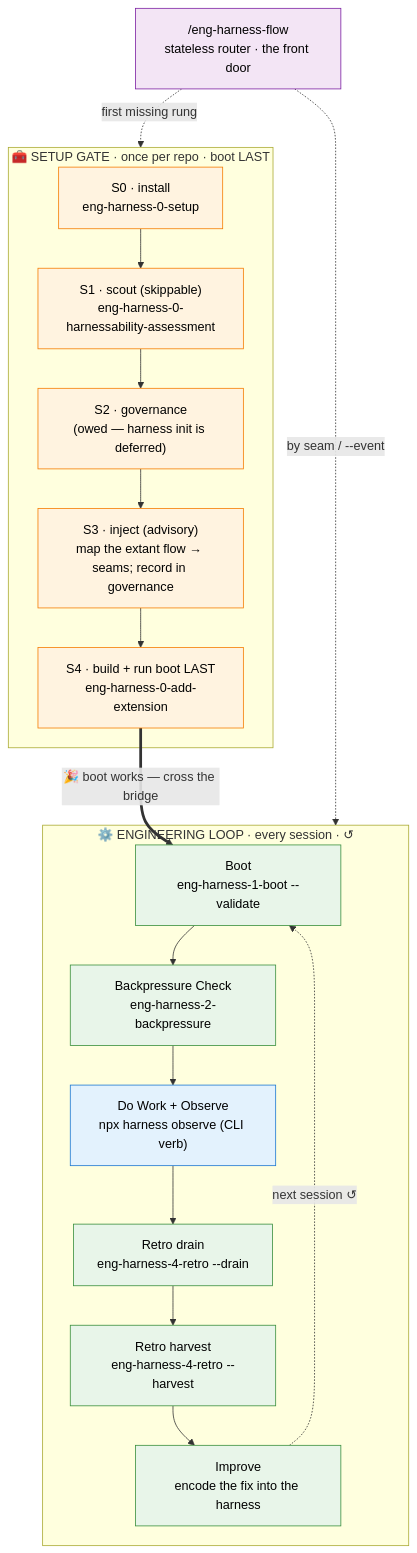
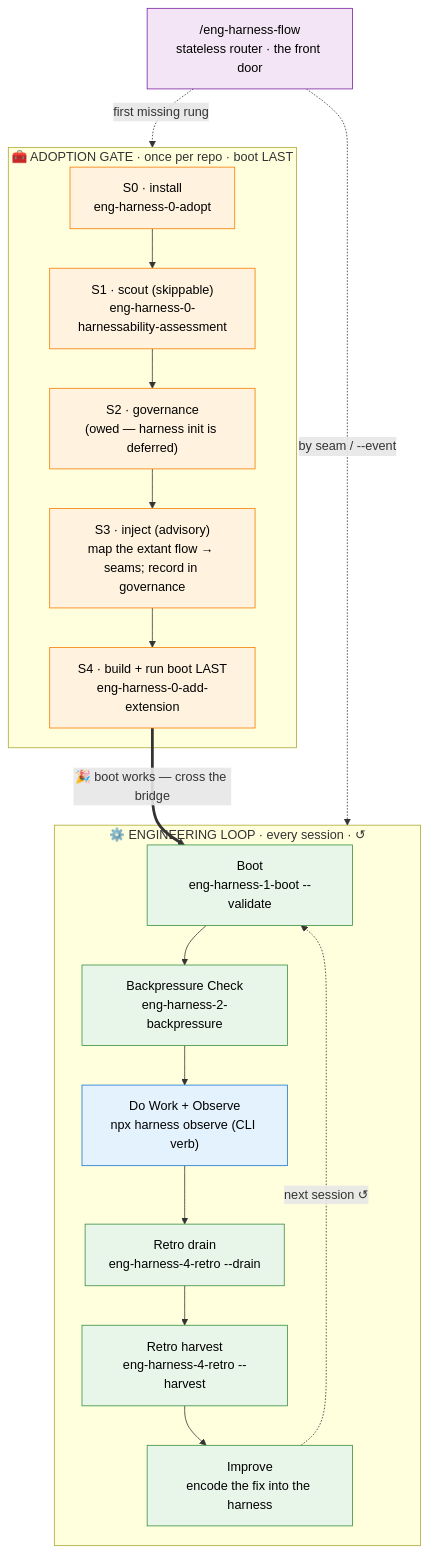
Before and after one commit to AI-Substrate/harness-engineering: the first of 3 diagrams in skills/eng-harness-loop/eng-harness-flow/references/getting-started.md, drawn with Mermaid. The commit also changed other lines of this file and 17 other files, not shown here.

First line of the commit message:
refactor(skills): rename eng-harness-0-setup to eng-harness-0-adopt — adoption vocabulary

````diff
--- a/skills/eng-harness-loop/eng-harness-flow/references/getting-started.md
+++ b/skills/eng-harness-loop/eng-harness-flow/references/getting-started.md
@@ -18,33 +18,33 @@
 ```mermaid
 flowchart TB
     classDef setup fill:#fff3e0,stroke:#f57c00,color:#000
     classDef loop fill:#e8f5e9,stroke:#388e3c,color:#000
     classDef router fill:#f3e5f5,stroke:#7b1fa2,color:#000
     classDef verb fill:#e3f2fd,stroke:#1976d2,color:#000
 
     R["/eng-harness-flow<br/>stateless router · the front door"]:::router
 
-    subgraph setupzone["🧰 SETUP GATE · once per repo · boot LAST"]
-        S0["S0 · install<br/>eng-harness-0-setup"]:::setup
+    subgraph setupzone["🧰 ADOPTION GATE · once per repo · boot LAST"]
+        S0["S0 · install<br/>eng-harness-0-adopt"]:::setup
         S1["S1 · scout (skippable)<br/>eng-harness-0-harnessability-assessment"]:::setup
         S2["S2 · governance<br/>(owed — harness init is deferred)"]:::setup
         S3["S3 · inject (advisory)<br/>map the extant flow → seams; record in governance"]:::setup
         S4["S4 · build + run boot LAST<br/>eng-harness-0-add-extension"]:::setup
     end
 
     subgraph loopzone["⚙️ ENGINEERING LOOP · every session · ↺"]
         B["Boot<br/>eng-harness-1-boot --validate"]:::loop
         BP["Backpressure Check<br/>eng-harness-2-backpressure"]:::loop
         O["Do Work + Observe<br/>npx harness observe (CLI verb)"]:::verb
         RD["Retro drain<br/>eng-harness-4-retro --drain"]:::loop
         RH["Retro harvest<br/>eng-harness-4-retro --harvest"]:::loop
         I["Improve<br/>encode the fix into the harness"]:::loop
     end
 
     R -.->|first missing rung| setupzone
     R -.->|by seam / --event| loopzone
     S0 --> S1 --> S2 --> S3 --> S4
     S4 ==>|"🎉 boot works — cross the bridge"| B
     B --> BP --> O --> RD --> RH --> I
     I -.->|next session ↺| B
 ```
````
